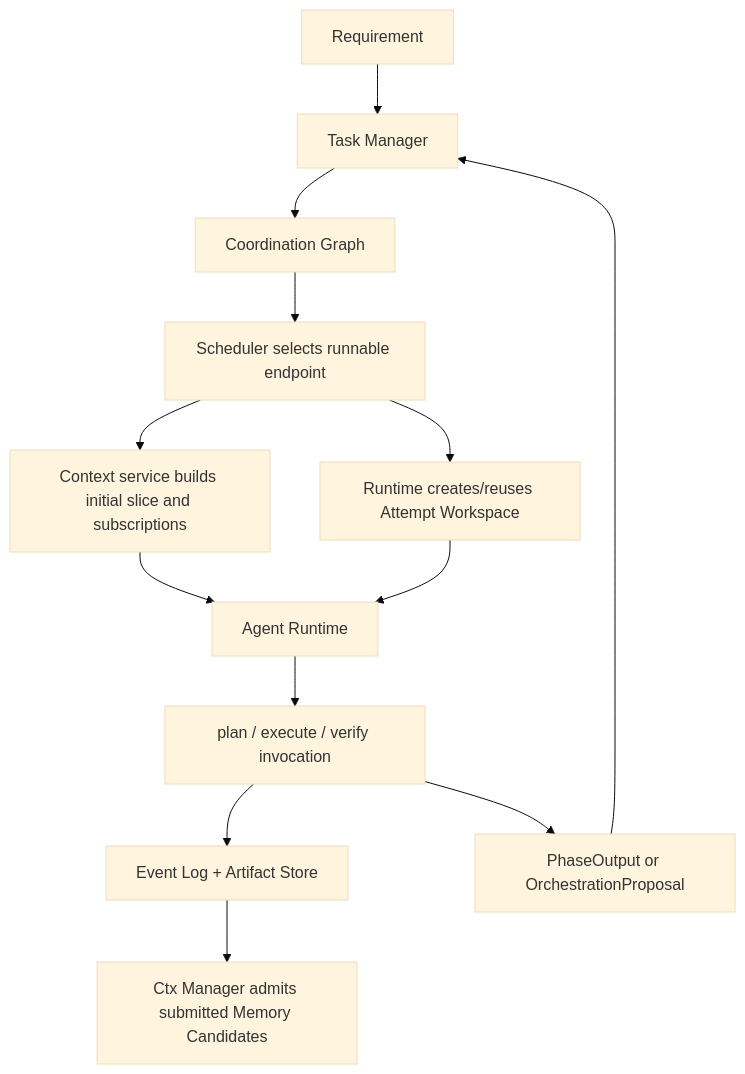
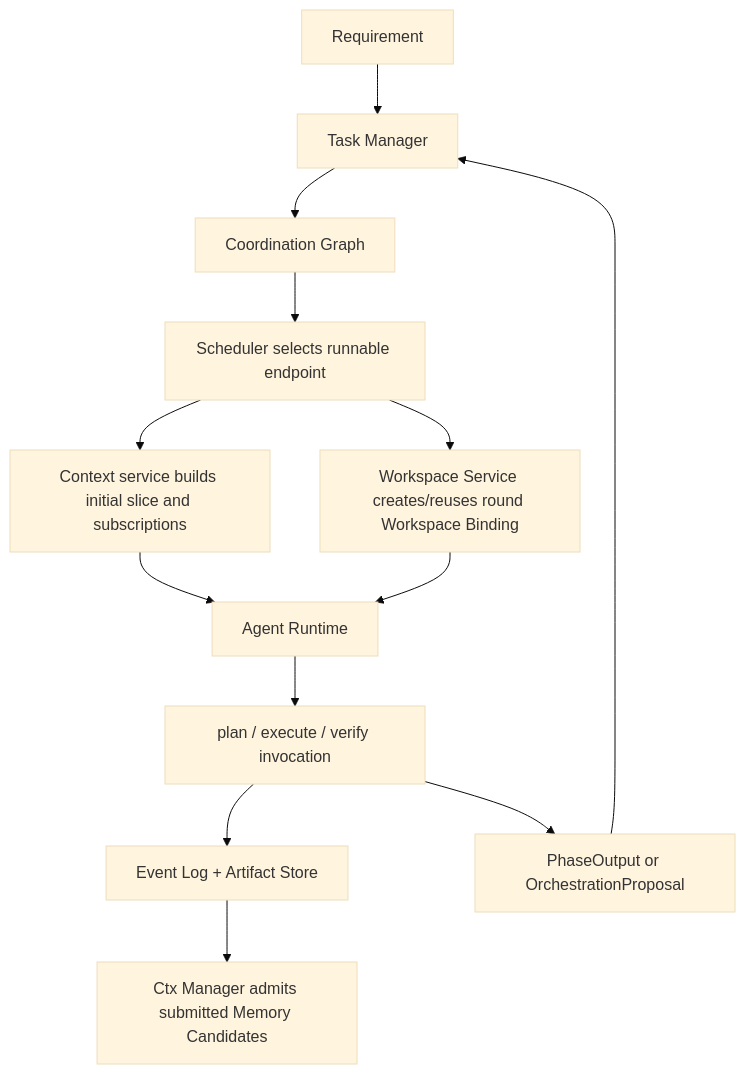
One commit to KDZZZZZZ/threadmill-AgentTeams changed the second of 3 diagrams in docs/threadmill-unified-design.md. Above: the diagram before and after it, drawn with Mermaid (base theme). The commit also changed other lines of this file and 2 other files, not shown here.

First line of the commit message:
docs(design): fix seven hard issues, remove Attempt entity

````diff
--- a/docs/threadmill-unified-design.md
+++ b/docs/threadmill-unified-design.md
@@ -363,15 +389,15 @@
 ```mermaid
 flowchart TD
   R[Requirement] --> TM[Task Manager]
   TM --> CG[Coordination Graph]
   CG --> S[Scheduler selects runnable endpoint]
   S --> CS[Context service builds initial slice and subscriptions]
-  S --> W[Runtime creates/reuses Attempt Workspace]
+  S --> W[Workspace Service creates/reuses round Workspace Binding]
   CS --> AR[Agent Runtime]
   W --> AR
   AR --> PEV[plan / execute / verify invocation]
   PEV --> EL[Event Log + Artifact Store]
   PEV --> OUT[PhaseOutput or OrchestrationProposal]
   OUT --> TM
   EL --> CM2[Ctx Manager admits submitted Memory Candidates]
 ```
````
